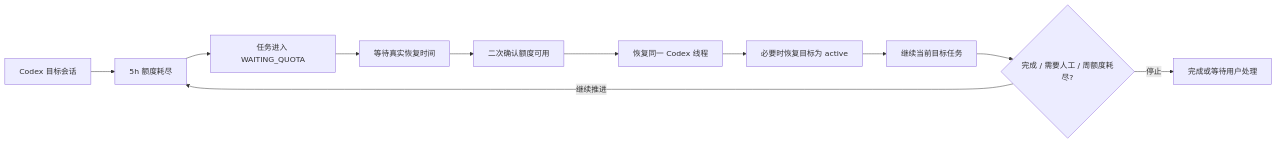
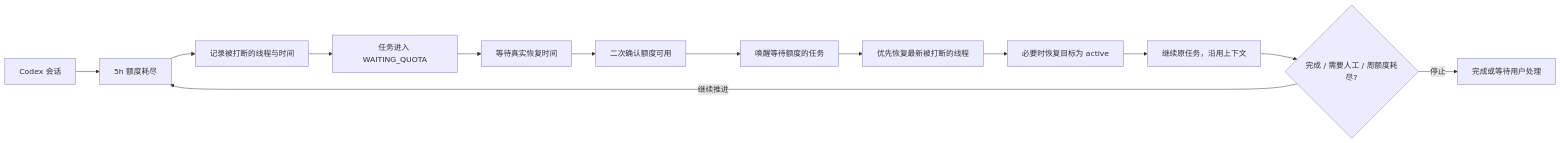
Before and after one commit to strangeyu911-tech/codex-auto-runner: the diagram in README.md, drawn with Mermaid. The commit also changed other lines of this file and 2 other files, not shown here.

````diff
--- a/README.md
+++ b/README.md
@@ -86,13 +95,15 @@
 ```mermaid
 flowchart LR
-  A[Codex 目标会话] --> B[5h 额度耗尽]
-  B --> C[任务进入 WAITING_QUOTA]
-  C --> D[等待真实恢复时间]
-  D --> E[二次确认额度可用]
-  E --> F[恢复同一 Codex 线程]
-  F --> G[必要时恢复目标为 active]
-  G --> H[继续当前目标任务]
-  H --> I{完成 / 需要人工 / 周额度耗尽?}
-  I -- 继续推进 --> B
-  I -- 停止 --> J[完成或等待用户处理]
+  A[Codex 会话] --> B[5h 额度耗尽]
+  B --> C[记录被打断的线程与时间]
+  C --> D[任务进入 WAITING_QUOTA]
+  D --> E[等待真实恢复时间]
+  E --> F[二次确认额度可用]
+  F --> G[唤醒等待额度的任务]
+  G --> H[优先恢复最新被打断的线程]
+  H --> I[必要时恢复目标为 active]
+  I --> J[继续原任务，沿用上下文]
+  J --> K{完成 / 需要人工 / 周额度耗尽?}
+  K -- 继续推进 --> B
+  K -- 停止 --> L[完成或等待用户处理]
 ```
````
